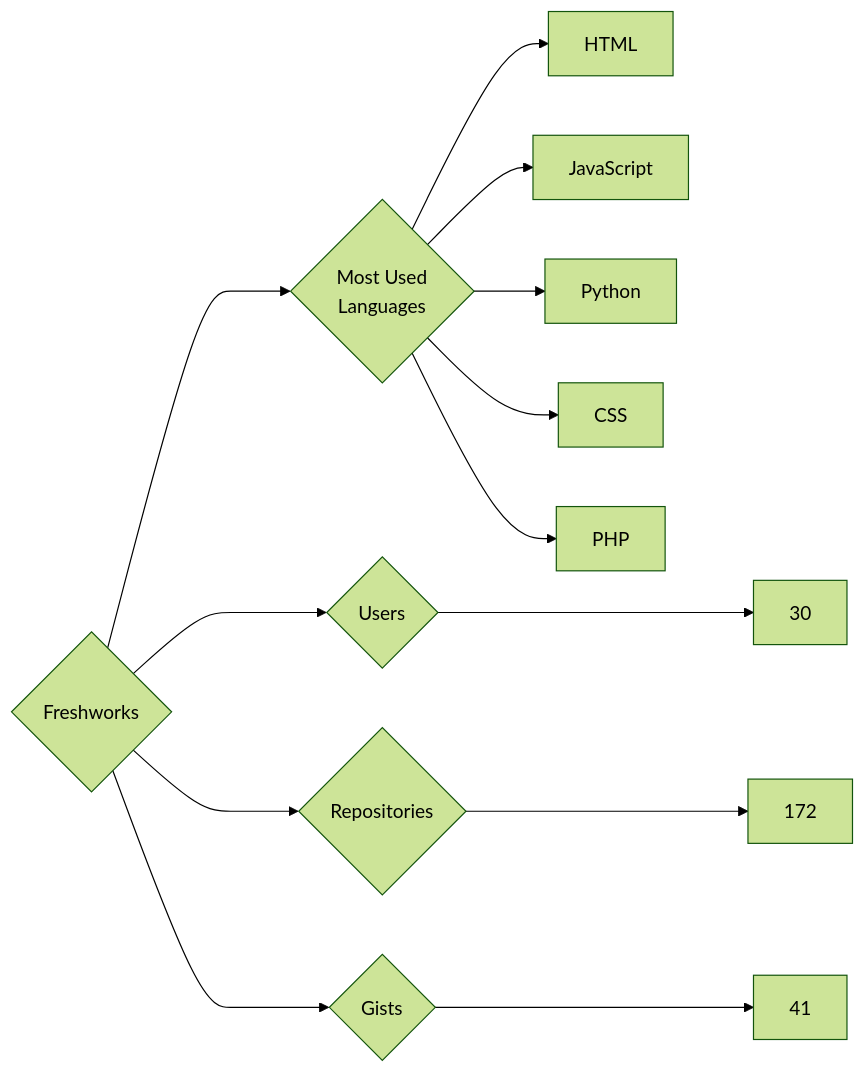
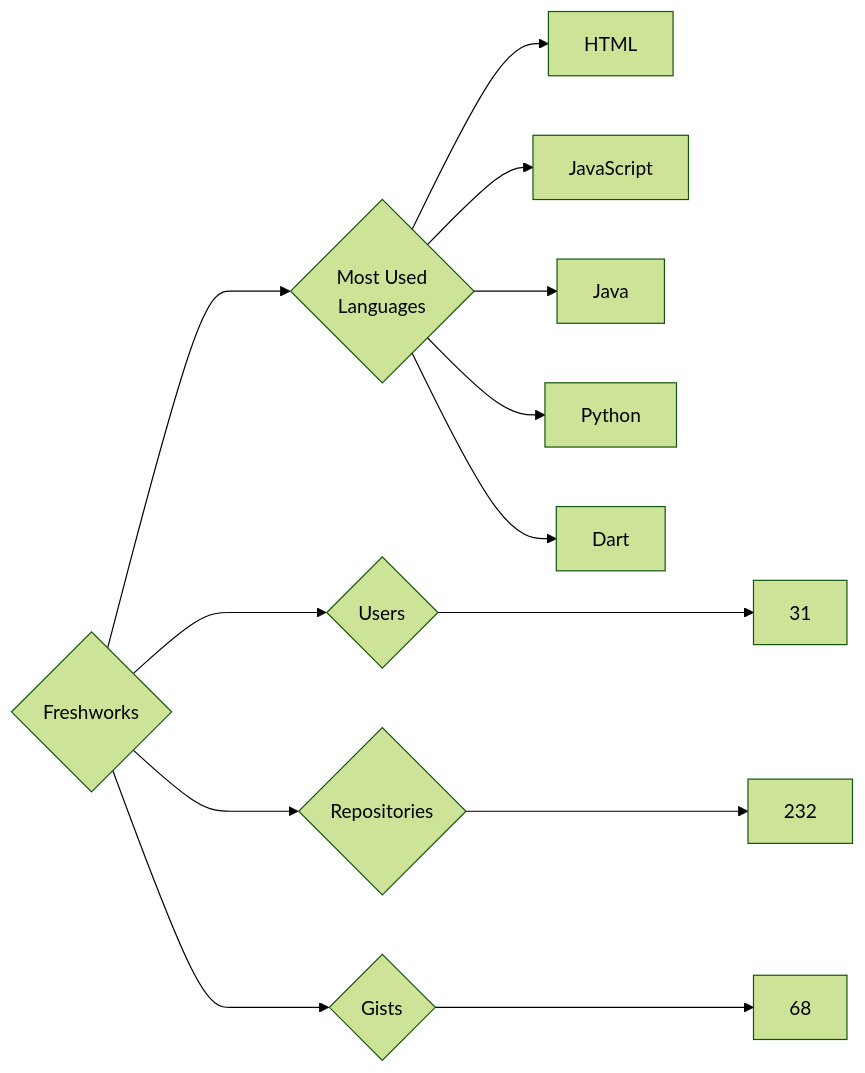
Before and after one commit to trickest/insiders: the diagram in targets/Freshworks/README.md, drawn with Mermaid (forest theme). The commit also changed 715 other files, not shown here.

````diff
--- a/targets/Freshworks/README.md
+++ b/targets/Freshworks/README.md
@@ -3,13 +3,13 @@
 ```mermaid
 graph LR
 COMPANY_NAME{Freshworks}
-COMPANY_NAME ---> U{Users} ---> UN[30]
-COMPANY_NAME ---> R{Repositories} ---> RN[172]
-COMPANY_NAME ---> G{Gists} ---> GN[41]
+COMPANY_NAME ---> U{Users} ---> UN[31]
+COMPANY_NAME ---> R{Repositories} ---> RN[232]
+COMPANY_NAME ---> G{Gists} ---> GN[68]
 COMPANY_NAME ---> ML{Most Used<br>Languages}
 ML --> HTML[HTML]
 ML --> JavaScript[JavaScript]
+ML --> Java[Java]
 ML --> Python[Python]
-ML --> CSS[CSS]
-ML --> PHP[PHP]
+ML --> Dart[Dart]
 ```
````
